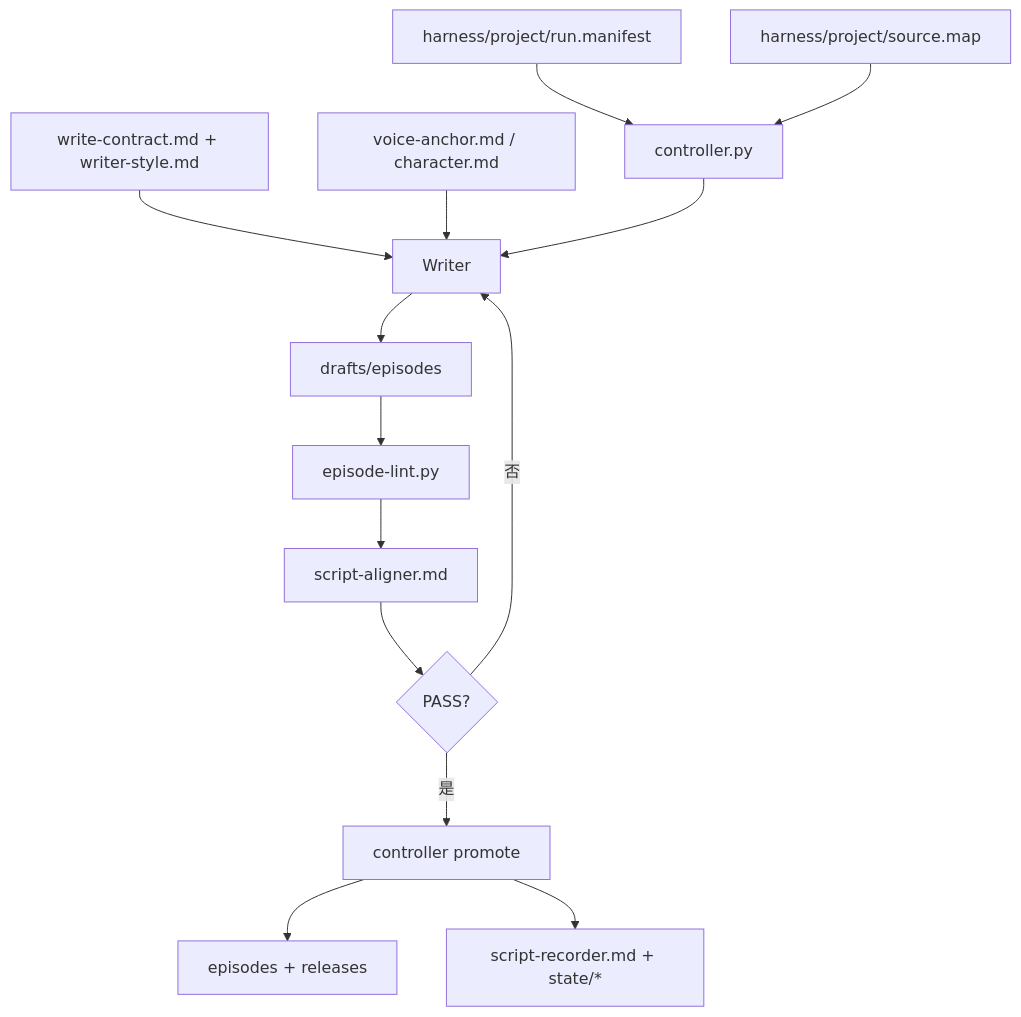
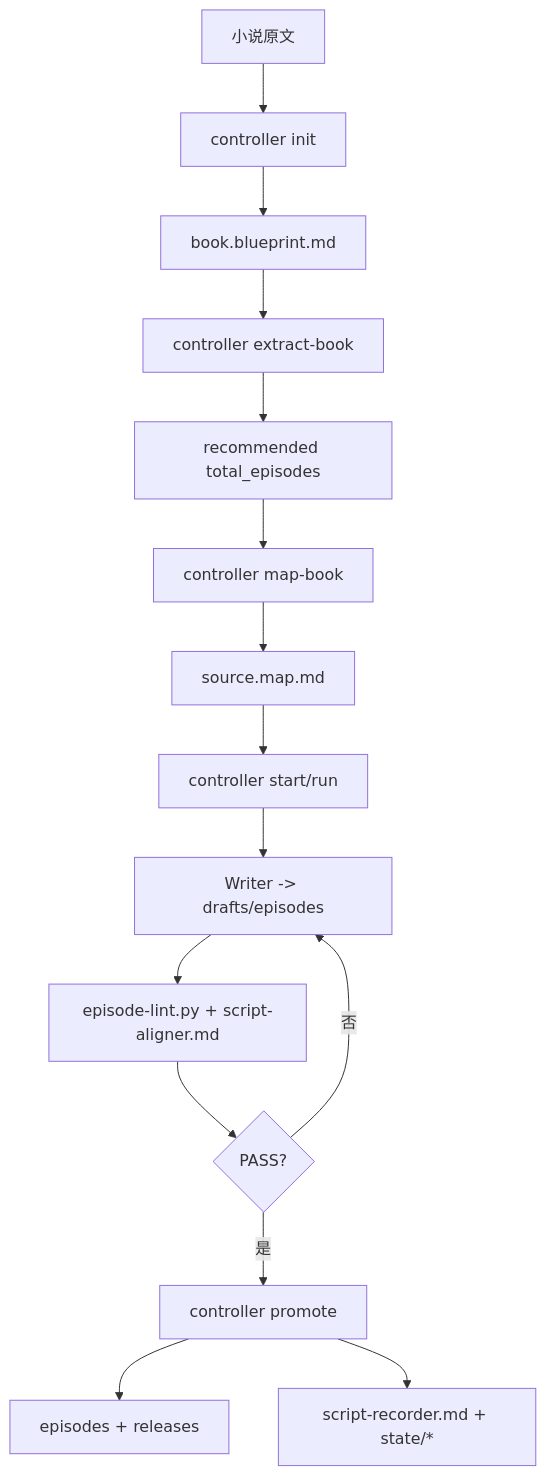
One commit to zc20180417/Juben changed the diagram in juben/README.md. Above: the diagram before and after it, drawn with Mermaid. The commit also changed other lines of this file and 32 other files, not shown here.

````diff
--- a/juben/README.md
+++ b/juben/README.md
@@ -58,16 +59,17 @@
 ```mermaid
 flowchart TD
-    A["harness/project/run.manifest"] --> B["controller.py"]
-    C["harness/project/source.map"] --> B
-    D["write-contract.md + writer-style.md"] --> E["Writer"]
-    F["voice-anchor.md / character.md"] --> E
-    B --> E
-    E --> G["drafts/episodes"]
-    G --> H["episode-lint.py"]
-    H --> I["script-aligner.md"]
-    I --> J{"PASS?"}
-    J -- "否" --> E
-    J -- "是" --> K["controller promote"]
-    K --> L["episodes + releases"]
-    K --> M["script-recorder.md + state/*"]
+    A["小说原文"] --> B["controller init"]
+    B --> C["book.blueprint.md"]
+    C --> D["controller extract-book"]
+    D --> E["recommended total_episodes"]
+    E --> F["controller map-book"]
+    F --> G["source.map.md"]
+    G --> H["controller start/run"]
+    H --> I["Writer -> drafts/episodes"]
+    I --> J["episode-lint.py + script-aligner.md"]
+    J --> K{"PASS?"}
+    K -- "否" --> I
+    K -- "是" --> L["controller promote"]
+    L --> M["episodes + releases"]
+    L --> N["script-recorder.md + state/*"]
 ```
````
